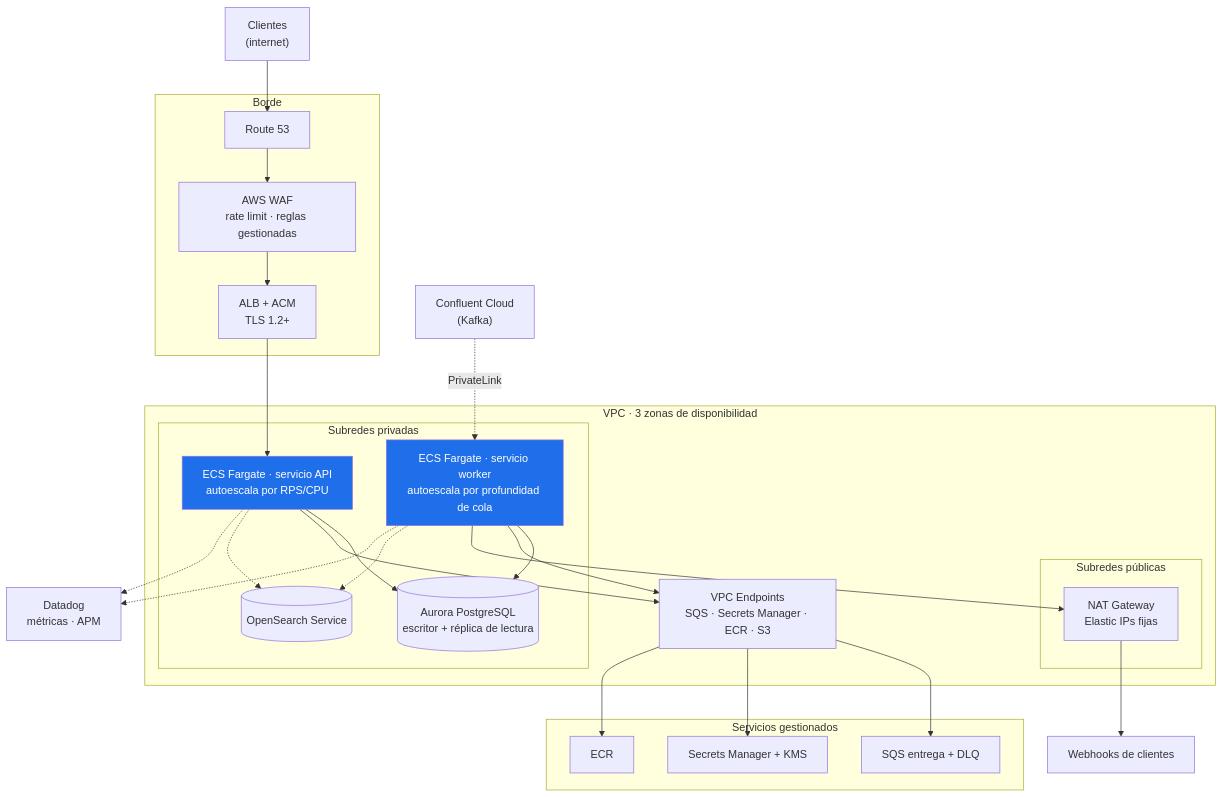
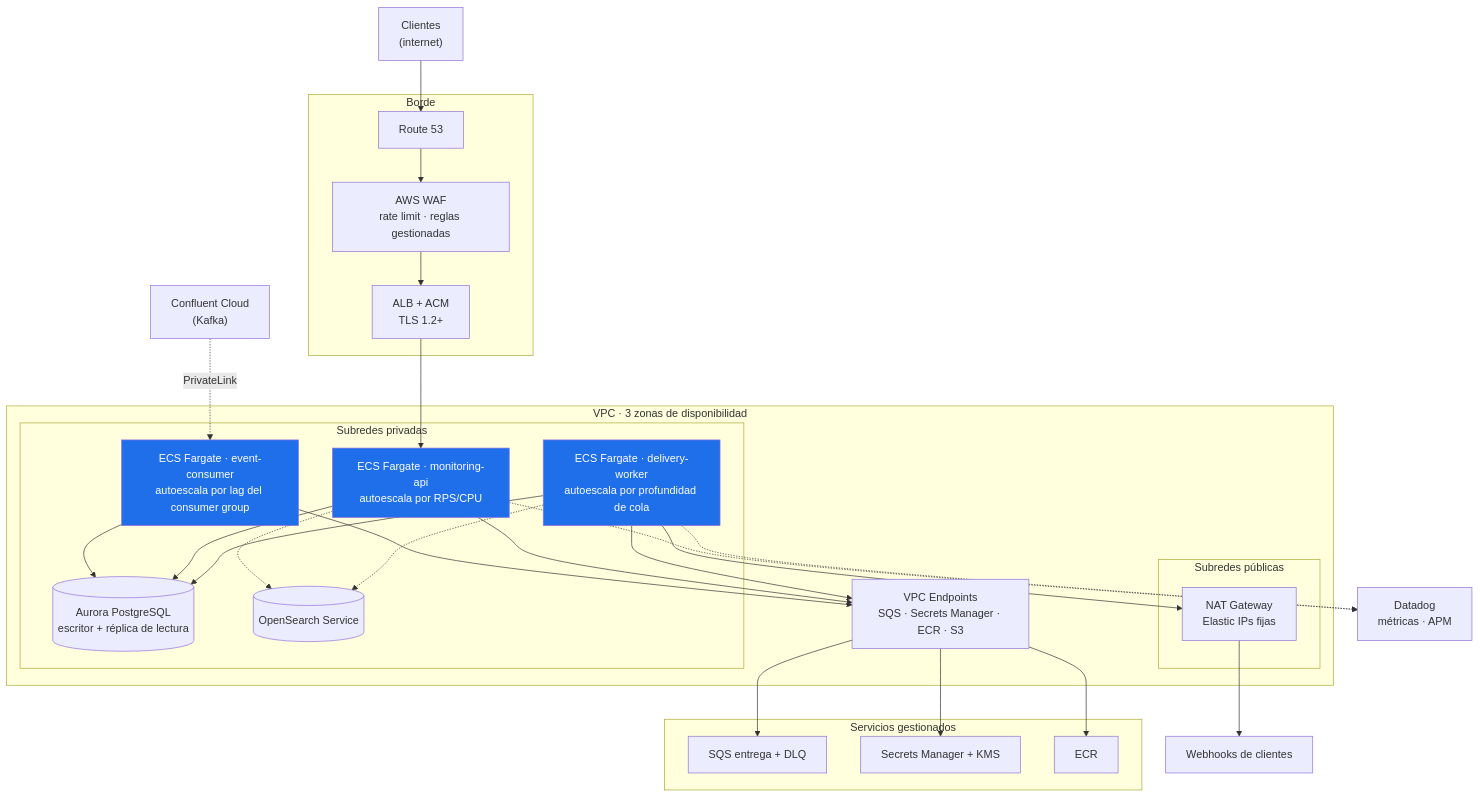
Before and after one commit to ssalaza7/cobre-notification-delivery: the seventh of 7 diagrams in docs/01-diseno-del-sistema.md, drawn with Mermaid. The commit also changed other lines of this file and 3 other files, not shown here.

First line of the commit message:
docs: actualiza diagramas y referencias a la estructura de tres ejecutables

````diff
--- a/docs/01-diseno-del-sistema.md
+++ b/docs/01-diseno-del-sistema.md
@@ -379,50 +381,54 @@
 ```mermaid
 flowchart TB
     users["Clientes<br/>(internet)"]
 
     subgraph edge["Borde"]
         r53["Route 53"]
         waf["AWS WAF<br/>rate limit · reglas gestionadas"]
         alb["ALB + ACM<br/>TLS 1.2+"]
     end
 
     subgraph vpc["VPC · 3 zonas de disponibilidad"]
         subgraph pub["Subredes públicas"]
             nat["NAT Gateway<br/>Elastic IPs fijas"]
         end
         subgraph priv["Subredes privadas"]
-            api["ECS Fargate · servicio API<br/>autoescala por RPS/CPU"]
-            worker["ECS Fargate · servicio worker<br/>autoescala por profundidad de cola"]
+            api["ECS Fargate · monitoring-api<br/>autoescala por RPS/CPU"]
+            worker["ECS Fargate · delivery-worker<br/>autoescala por profundidad de cola"]
+            consumer["ECS Fargate · event-consumer<br/>autoescala por lag del consumer group"]
             aurora[("Aurora PostgreSQL<br/>escritor + réplica de lectura")]
             os[("OpenSearch Service")]
         end
         vpce["VPC Endpoints<br/>SQS · Secrets Manager · ECR · S3"]
     end
 
     subgraph aws["Servicios gestionados"]
         sqs["SQS entrega + DLQ"]
         sm["Secrets Manager + KMS"]
         ecr["ECR"]
     end
 
     confluent["Confluent Cloud<br/>(Kafka)"]
     hooks["Webhooks de clientes"]
     dd["Datadog<br/>métricas · APM"]
 
     users --> r53 --> waf --> alb --> api
-    confluent -. "PrivateLink" .-> worker
+    confluent -. "PrivateLink" .-> consumer
+    consumer --> aurora
+    consumer --> vpce
     api --> aurora
     worker --> aurora
     api --> vpce --> sqs
     worker --> vpce
     vpce --> sm
     vpce --> ecr
     worker --> nat --> hooks
     api -.-> os
     worker -.-> os
     api -.-> dd
     worker -.-> dd
 
     style api fill:#1f6feb,color:#fff
     style worker fill:#1f6feb,color:#fff
+    style consumer fill:#1f6feb,color:#fff
 ```
````
